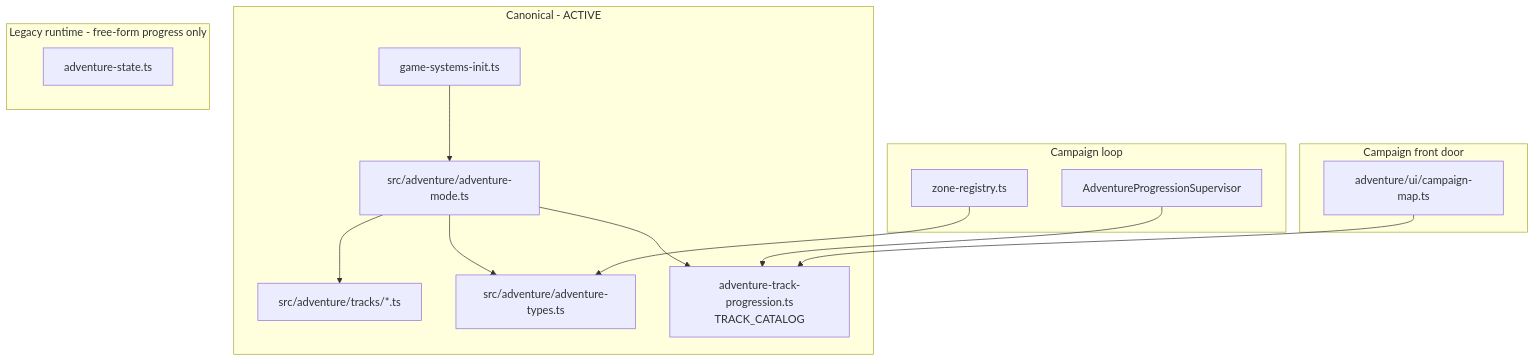
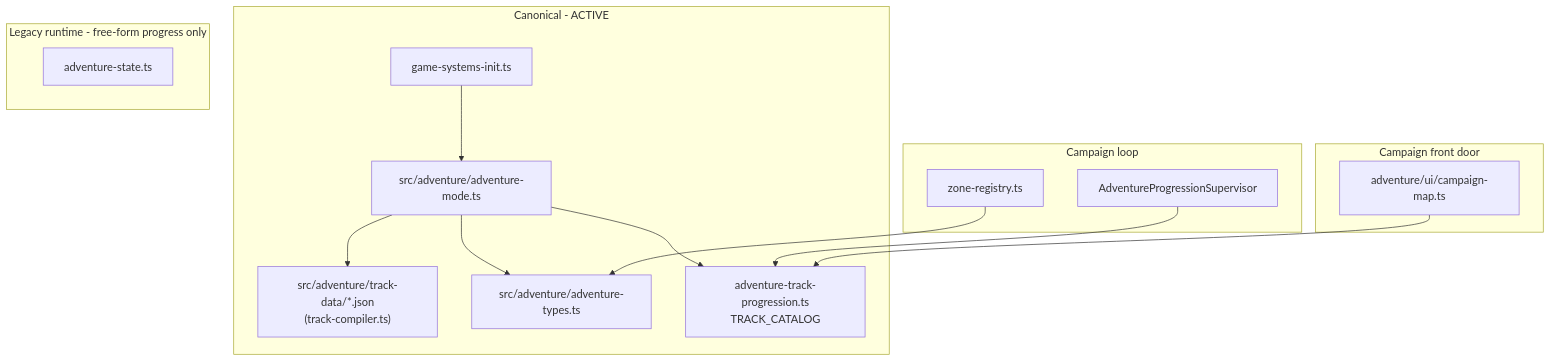
Before and after one commit to ford442/pachinball: the diagram in docs/ARCHITECTURE.md, drawn with Mermaid. The commit also changed other lines of this file and 32 other files, not shown here.

First line of the commit message:
Tracks: delete src/adventure/tracks; every track is lazy JSON, out of the entry chunk (#505 §A)

````diff
--- a/docs/ARCHITECTURE.md
+++ b/docs/ARCHITECTURE.md
@@ -37,27 +37,27 @@
 ```mermaid
 flowchart TB
   subgraph canonical [Canonical - ACTIVE]
     AdventureMode["src/adventure/adventure-mode.ts"]
-    TrackBuilders["src/adventure/tracks/*.ts"]
+    TrackBuilders["src/adventure/track-data/*.json\n(track-compiler.ts)"]
     AdventureTypes["src/adventure/adventure-types.ts"]
     TrackCatalog["adventure-track-progression.ts\nTRACK_CATALOG"]
     AdventureMode --> TrackBuilders
     AdventureMode --> AdventureTypes
     AdventureMode --> TrackCatalog
     GameSystemsInit["game-systems-init.ts"] --> AdventureMode
   end
 
   subgraph campaign [Campaign loop]
     Supervisor["AdventureProgressionSupervisor"]
     Supervisor --> TrackCatalog
     ZoneRegistry["zone-registry.ts"] --> AdventureTypes
   end
 
   subgraph frontDoor [Campaign front door]
     CampaignMap["adventure/ui/campaign-map.ts"] --> TrackCatalog
   end
 
   subgraph legacyRuntime [Legacy runtime - free-form progress only]
     AdventureState["adventure-state.ts"]
   end
 ```
````
